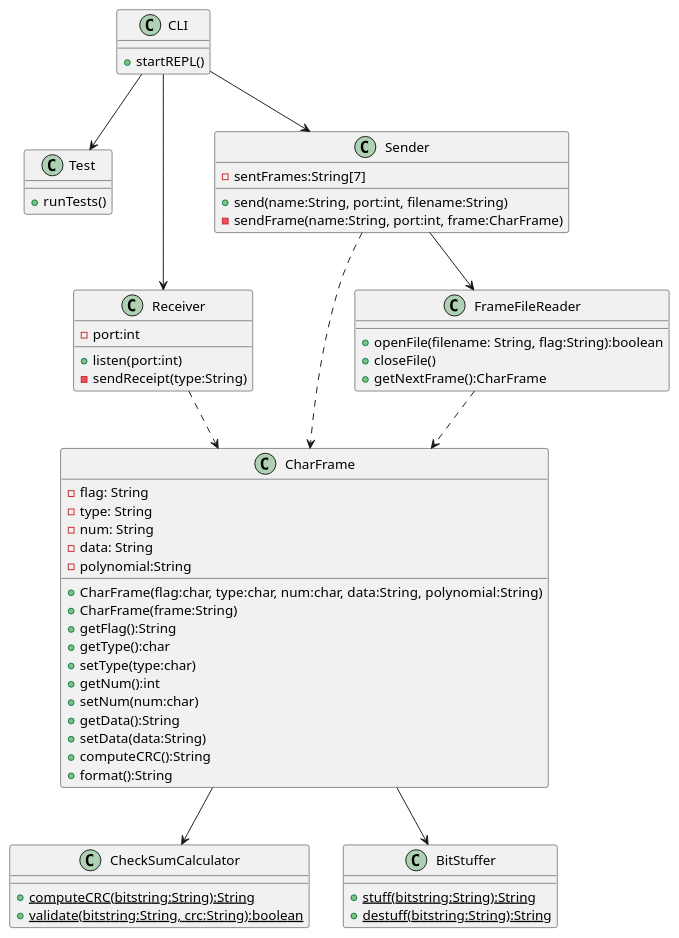
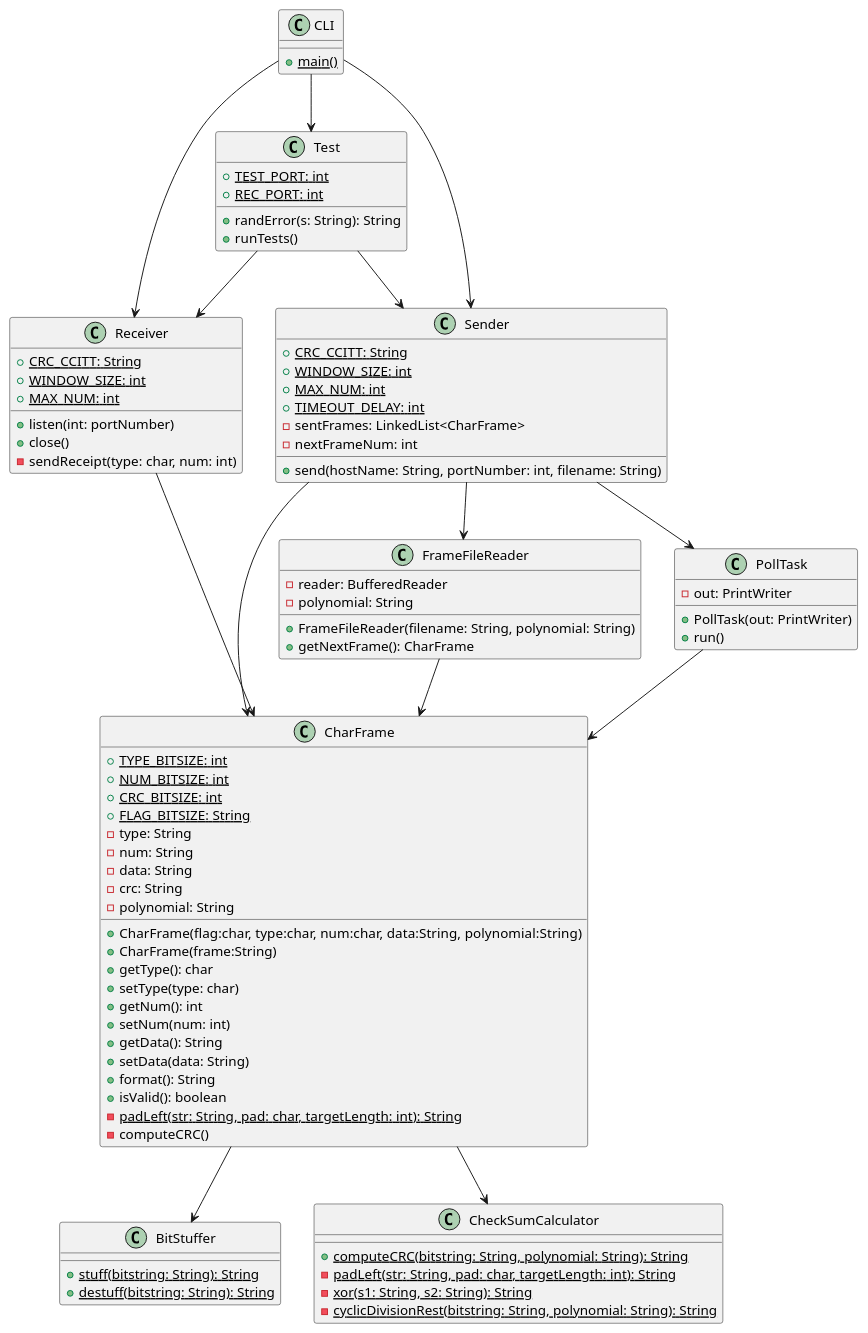
The diagram in class.pu (elisezhg/IFT3325-TP2), drawn with PlantUML before and after one commit. The commit also changed 3 other files, not shown here.

Commit message:
Updated class diagram and clean up

```diff
--- a/class.pu
+++ b/class.pu
@@ -1,70 +1,106 @@
-@startuml
+@startuml Diagramme de classe
 skinparam defaultFontName Courier 10 Pitch
-class CharFrame{
-	-flag: String
-	-type: String
-	-num: String
-	-data: String
-	-polynomial:String
 
-	/'the idea is for the constructor to immediately convert fields to
-	easier to work with bit strings'/
+class BitStuffer {
+    {static} +stuff(bitstring: String): String
+    {static} +destuff(bitstring: String): String
+}
+
+class CheckSumCalculator {
+    {static} +computeCRC(bitstring: String, polynomial: String): String
+    {static} -padLeft(str: String, pad: char, targetLength: int): String
+    {static} -xor(s1: String, s2: String): String
+    {static} -cyclicDivisionRest(bitstring: String, polynomial: String): String
+}
+
+class CharFrame {
+    {static} +TYPE_BITSIZE: int
+    {static} +NUM_BITSIZE: int
+    {static} +CRC_BITSIZE: int
+    {static} +FLAG_BITSIZE: String
+    -type: String
+    -num: String
+    -data: String
+    -crc: String
+    -polynomial: String
+
 	+CharFrame(flag:char, type:char, num:char, data:String, polynomial:String)
 	+CharFrame(frame:String)
-	+getFlag():String
-	+getType():char
-	+setType(type:char)
-	+getNum():int
-	+setNum(num:char)
-	+getData():String
-	+setData(data:String)
-	+computeCRC():String
-	+format():String
-}
-class CheckSumCalculator{
-	{static} +computeCRC(bitstring:String):String
-	{static} +validate(bitstring:String, crc:String):boolean
-}
-class BitStuffer{
-	{static} +stuff(bitstring:String):String
-	{static} +destuff(bitstring:String):String
-}
-class FrameFileReader{
-
-	+openFile(filename: String, flag:String):boolean
-	+closeFile()
-	+getNextFrame():CharFrame
-
-}
-class CLI{
-	+startREPL()
-}
-class Test{
-	+runTests()
+    +getType(): char
+    +setType(type: char)
+    +getNum(): int
+    +setNum(num: int)
+    +getData(): String
+    +setData(data: String)
+    +format(): String
+    +isValid(): boolean
+    {static} -padLeft(str: String, pad: char, targetLength: int): String
+    -computeCRC()
 }
 
-class Receiver{
-	-port:int
+class FrameFileReader {
+    -reader: BufferedReader
+    -polynomial: String
 
-	+listen(port:int)
-	-sendReceipt(type:String)
-}
-class Sender{
-	-sentFrames:String[7]/'needed to resend'/
-
-	+send(name:String, port:int, filename:String)
-	-sendFrame(name:String, port:int, frame:CharFrame)
+    +FrameFileReader(filename: String, polynomial: String)
+    +getNextFrame(): CharFrame
 }
 
-CLI --> Sender
-CLI --> Receiver
+Class Receiver {
+    {static} +CRC_CCITT: String
+    {static} +WINDOW_SIZE: int
+    {static} +MAX_NUM: int
+    
+    +listen(int: portNumber)
+    +close()
+    -sendReceipt(type: char, num: int)
+}
 
-FrameFileReader ..> CharFrame
-CharFrame --> CheckSumCalculator
-CharFrame --> BitStuffer
+Class Sender {
+    {static} +CRC_CCITT: String
+    {static} +WINDOW_SIZE: int
+    {static} +MAX_NUM: int
+    {static} +TIMEOUT_DELAY: int
+    -sentFrames: LinkedList<CharFrame>
+    -nextFrameNum: int
+
+    +send(hostName: String, portNumber: int, filename: String) 
+}
+
+class PollTask {
+    -out: PrintWriter
+    +PollTask(out: PrintWriter)
+    +run()
+}
+
+Class CLI {
+    {static} +main()
+}
+
+Class Test {
+    {static} +TEST_PORT: int
+    {static} +REC_PORT: int
+
+    +randError(s: String): String
+    +runTests()
+}
 
 CLI --> Test
+Test --> Receiver
+Test --> Sender
+
+CLI --> Receiver
+CLI --> Sender
+
+Receiver --> CharFrame
+Sender --> CharFrame
 Sender --> FrameFileReader
-Sender ..> CharFrame
-Receiver ..> CharFrame
+Sender --> PollTask
+
+FrameFileReader --> CharFrame
+PollTask --> CharFrame
+
+CharFrame --> BitStuffer
+CharFrame --> CheckSumCalculator
+
 @enduml
```
